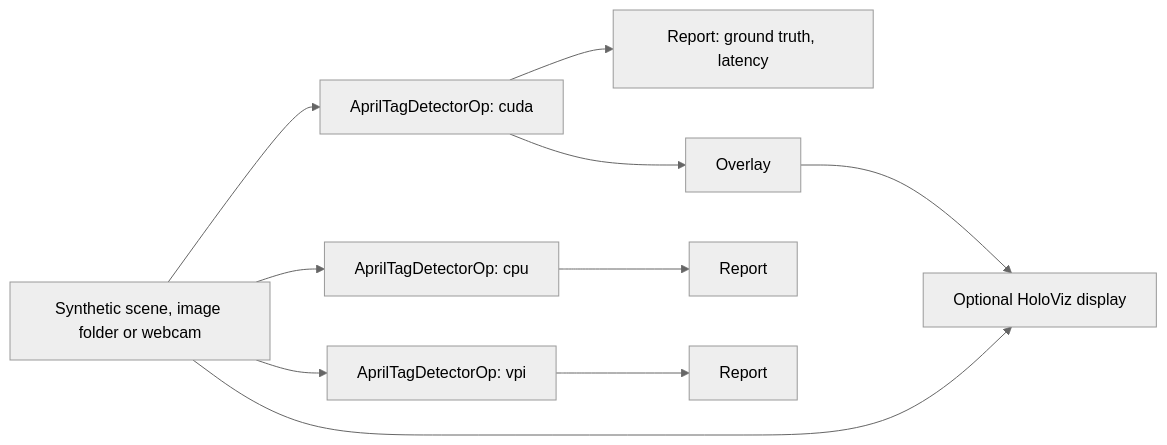
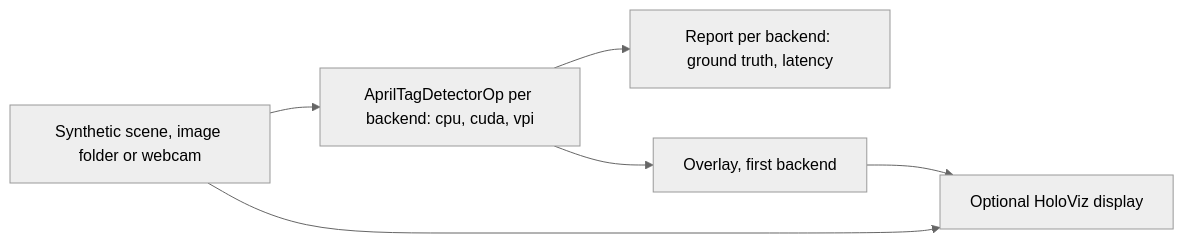
Before and after one commit to nvidia-holoscan/holoscan-applications: the diagram in applications/apriltag_detection/README.md, drawn with Mermaid (neutral theme). The commit also changed other lines of this file and 1 other file, not shown here.

````diff
--- a/applications/apriltag_detection/README.md
+++ b/applications/apriltag_detection/README.md
@@ -9,11 +10,7 @@
 ```mermaid
 flowchart LR
-    S[Synthetic scene, image folder or webcam] --> D1[AprilTagDetectorOp: cuda]
-    S --> D2[AprilTagDetectorOp: cpu]
-    S --> D3[AprilTagDetectorOp: vpi]
-    D1 --> R1[Report: ground truth, latency]
-    D2 --> R2[Report]
-    D3 --> R3[Report]
-    D1 --> O[Overlay] --> V[Optional HoloViz display]
+    S[Synthetic scene, image folder or webcam] --> D[AprilTagDetectorOp per backend: cpu, cuda, vpi]
+    D --> R[Report per backend: ground truth, latency]
+    D --> O[Overlay, first backend] --> V[Optional HoloViz display]
     S --> V
 ```
````
